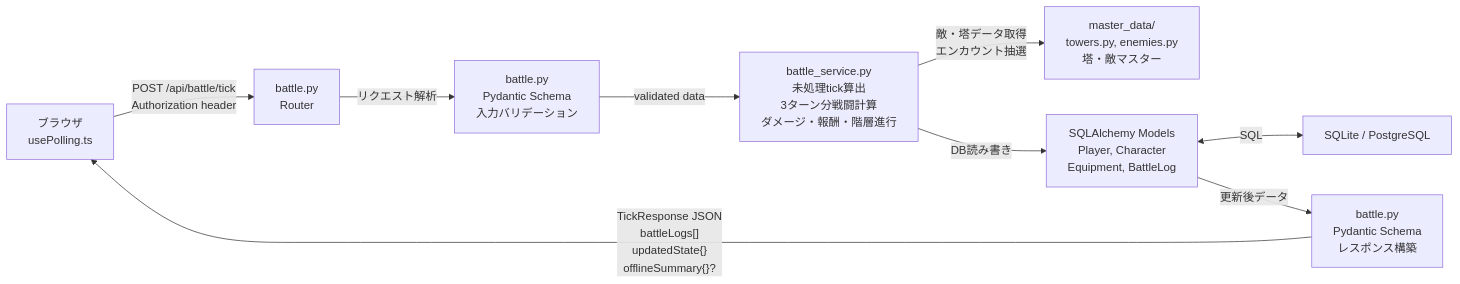
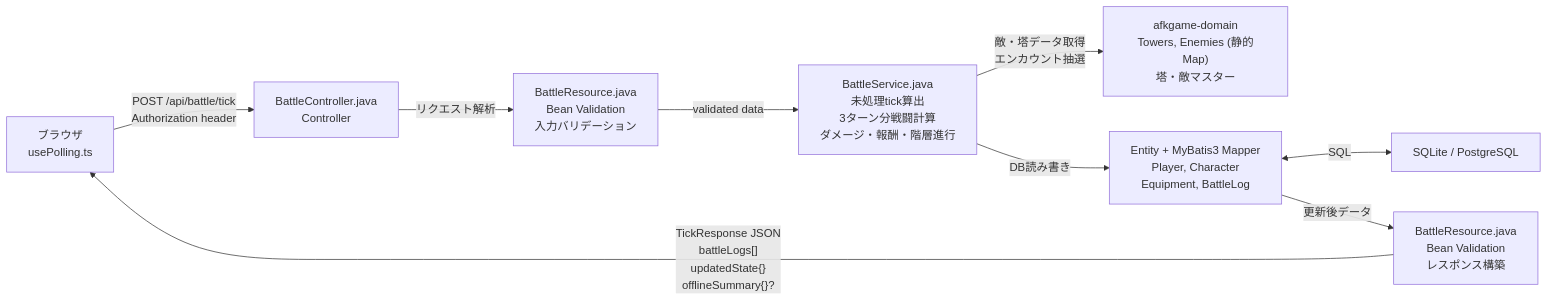
Before and after one commit to dateeee/2026_AFKGAME: the diagram in docs/diagrams/system_architecture/tick_flow.md, drawn with Mermaid. The commit also changed 52 other files, not shown here.

````diff
--- a/docs/diagrams/system_architecture/tick_flow.md
+++ b/docs/diagrams/system_architecture/tick_flow.md
@@ -7,19 +7,19 @@
 ```mermaid
 %%{init: {'theme': 'default', 'themeVariables': {'fontSize': '16px'}} }%%
 flowchart LR
-    Browser["ブラウザ\nusePolling.ts"] -->|"POST /api/battle/tick\nAuthorization header"| Router["battle.py\nRouter"]
+    Browser["ブラウザ\nusePolling.ts"] -->|"POST /api/battle/tick\nAuthorization header"| Router["BattleController.java\nController"]
 
-    Router -->|"リクエスト解析"| Schema1["battle.py\nPydantic Schema\n入力バリデーション"]
+    Router -->|"リクエスト解析"| Schema1["BattleResource.java\nBean Validation\n入力バリデーション"]
 
-    Schema1 -->|"validated data"| Service["battle_service.py\n未処理tick算出\n3ターン分戦闘計算\nダメージ・報酬・階層進行"]
+    Schema1 -->|"validated data"| Service["BattleService.java\n未処理tick算出\n3ターン分戦闘計算\nダメージ・報酬・階層進行"]
 
-    Service -->|"敵・塔データ取得\nエンカウント抽選"| MasterData["master_data/\ntowers.py, enemies.py\n塔・敵マスター"]
+    Service -->|"敵・塔データ取得\nエンカウント抽選"| MasterData["afkgame-domain\nTowers, Enemies (静的Map)\n塔・敵マスター"]
 
-    Service -->|"DB読み書き"| Model["SQLAlchemy Models\nPlayer, Character\nEquipment, BattleLog"]
+    Service -->|"DB読み書き"| Model["Entity + MyBatis3 Mapper\nPlayer, Character\nEquipment, BattleLog"]
 
     Model <-->|"SQL"| Database["SQLite / PostgreSQL"]
 
-    Model -->|"更新後データ"| Schema2["battle.py\nPydantic Schema\nレスポンス構築"]
+    Model -->|"更新後データ"| Schema2["BattleResource.java\nBean Validation\nレスポンス構築"]
 
     Schema2 -->|"TickResponse JSON\nbattleLogs[]\nupdatedState{}\nofflineSummary{}?"| Browser
 ```
````
